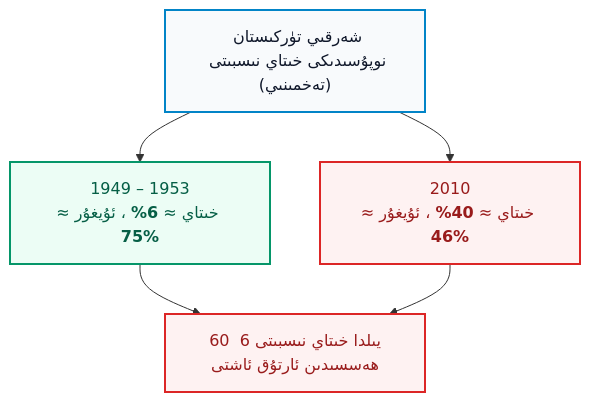
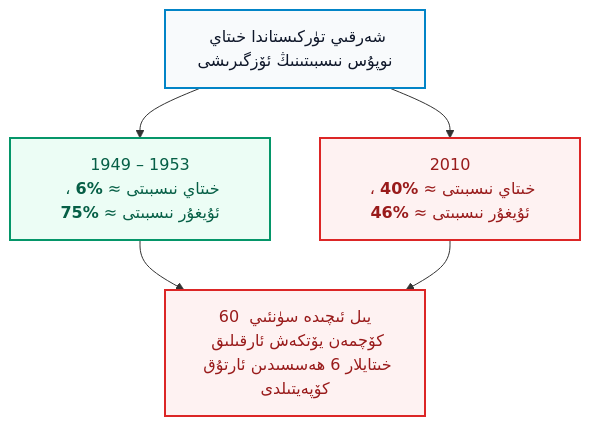
Before and after one commit to UyCoder/paydilar: the fourth of 4 diagrams in _posts/2026-10-25-Xu-Jianying-Tarixiy-Tuzumi-Reddiye-Sherqiy-Turkistan.md, drawn with Mermaid. The commit also changed other lines of this file and 1 other file, not shown here.

````diff
--- a/_posts/2026-10-25-Xu-Jianying-Tarixiy-Tuzumi-Reddiye-Sherqiy-Turkistan.md
+++ b/_posts/2026-10-25-Xu-Jianying-Tarixiy-Tuzumi-Reddiye-Sherqiy-Turkistan.md
@@ -194,12 +208,12 @@
 ```mermaid
 flowchart TD
     classDef title fill:#f8fafc,stroke:#0284c7,stroke-width:2px,color:#0f172a;
     classDef uy fill:#ecfdf5,stroke:#059669,stroke-width:2px,color:#065f46;
     classDef han fill:#fef2f2,stroke:#dc2626,stroke-width:2px,color:#991b1b;
 
-    Main["شەرقىي تۈركىستان نوپۇسىدىكى خىتاي نىسبىتى (تەخمىنىي)"]:::title
-    Main --> A["1949 – 1953<br/>خىتاي ≈ <b>6%</b> ، ئۇيغۇر ≈ <b>75%</b>"]:::uy
-    Main --> B["2010<br/>خىتاي ≈ <b>40%</b> ، ئۇيغۇر ≈ <b>46%</b>"]:::han
-    A --> C["60 يىلدا خىتاي نىسبىتى 6 ھەسسىدىن ئارتۇق ئاشتى"]:::han
+    Main["شەرقىي تۈركىستاندا خىتاي نوپۇس نىسبىتىنىڭ ئۆزگىرىشى"]:::title
+    Main --> A["1949 – 1953<br/>خىتاي نىسبىتى ≈ <b>%6</b> ، ئۇيغۇر نىسبىتى ≈ <b>%75</b>"]:::uy
+    Main --> B["2010<br/>خىتاي نىسبىتى ≈ <b>%40</b> ، ئۇيغۇر نىسبىتى ≈ <b>%46</b>"]:::han
+    A --> C["60 يىل ئىچىدە سۈنئىي كۆچمەن يۆتكەش ئارقىلىق خىتايلار 6 ھەسسىدىن ئارتۇق كۆپەيتىلدى"]:::han
     B --> C
 ```
````
